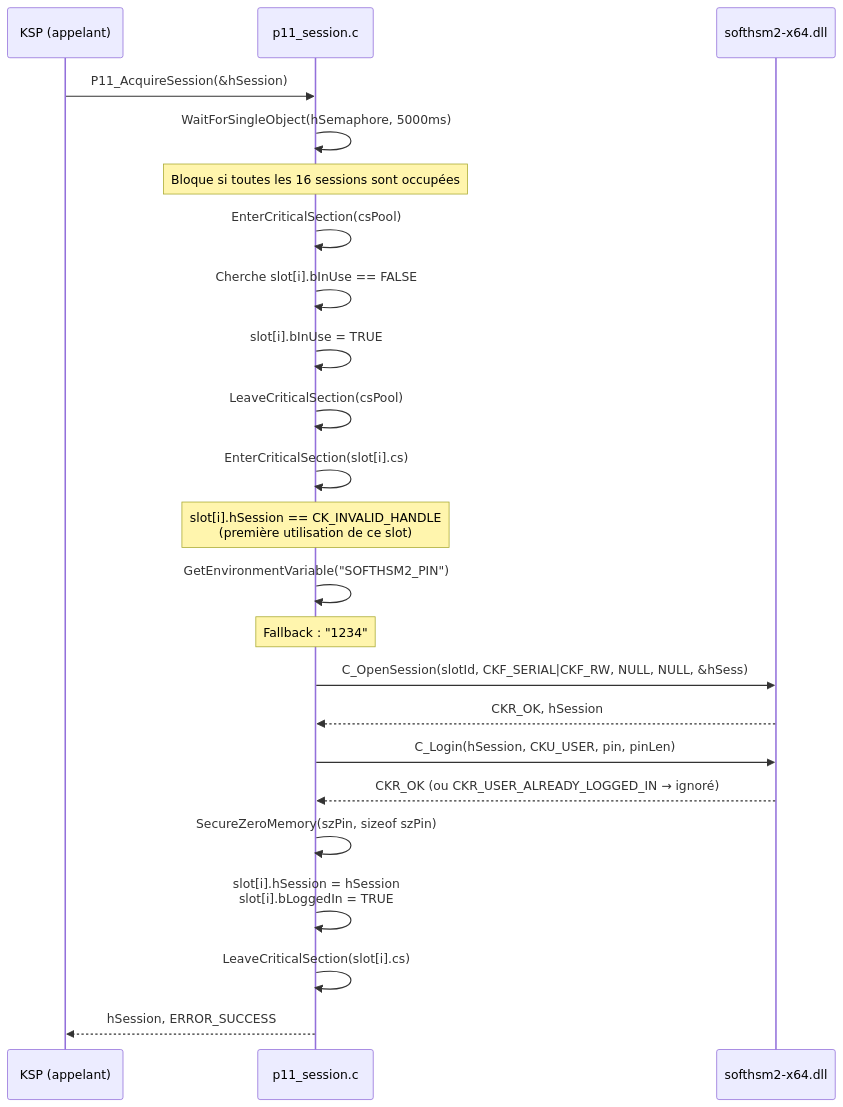
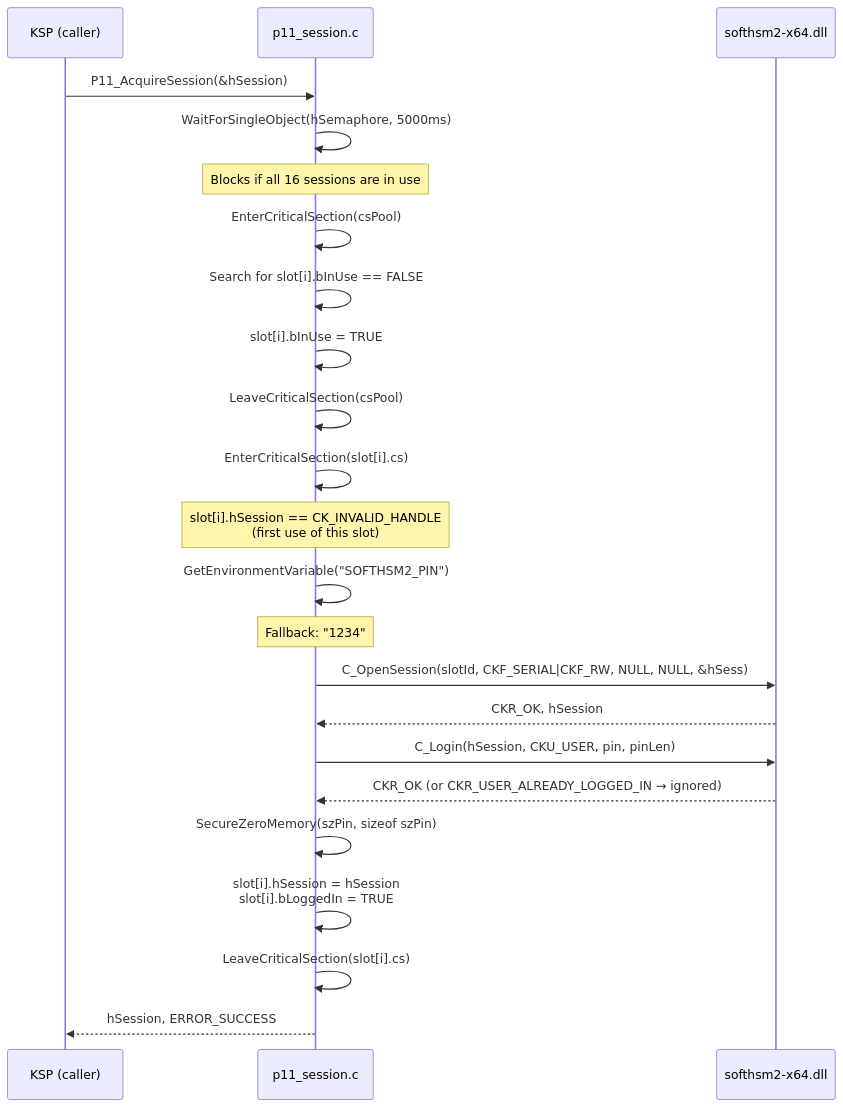
One commit to Gaillotte/Noida changed the second of 4 diagrams in softhsm_ksp/docs/02-initialisation.md. Above: the diagram before and after it, drawn with Mermaid. The commit also changed other lines of this file and 9 other files, not shown here.

````diff
--- a/softhsm_ksp/docs/02-initialisation.md
+++ b/softhsm_ksp/docs/02-initialisation.md
@@ -72,34 +72,34 @@
 ```mermaid
 sequenceDiagram
-    participant KSP as KSP (appelant)
+    participant KSP as KSP (caller)
     participant Pool as p11_session.c
     participant HSM as softhsm2-x64.dll
 
     KSP->>Pool: P11_AcquireSession(&hSession)
 
     Pool->>Pool: WaitForSingleObject(hSemaphore, 5000ms)
-    note over Pool: Bloque si toutes les 16 sessions sont occupées
+    note over Pool: Blocks if all 16 sessions are in use
 
     Pool->>Pool: EnterCriticalSection(csPool)
-    Pool->>Pool: Cherche slot[i].bInUse == FALSE
+    Pool->>Pool: Search for slot[i].bInUse == FALSE
     Pool->>Pool: slot[i].bInUse = TRUE
     Pool->>Pool: LeaveCriticalSection(csPool)
 
     Pool->>Pool: EnterCriticalSection(slot[i].cs)
-    note over Pool: slot[i].hSession == CK_INVALID_HANDLE<br/>(première utilisation de ce slot)
+    note over Pool: slot[i].hSession == CK_INVALID_HANDLE<br/>(first use of this slot)
 
     Pool->>Pool: GetEnvironmentVariable("SOFTHSM2_PIN")
-    note over Pool: Fallback : "1234"
+    note over Pool: Fallback: "1234"
 
     Pool->>HSM: C_OpenSession(slotId, CKF_SERIAL|CKF_RW, NULL, NULL, &hSess)
     HSM-->>Pool: CKR_OK, hSession
 
     Pool->>HSM: C_Login(hSession, CKU_USER, pin, pinLen)
-    HSM-->>Pool: CKR_OK  (ou CKR_USER_ALREADY_LOGGED_IN → ignoré)
+    HSM-->>Pool: CKR_OK  (or CKR_USER_ALREADY_LOGGED_IN → ignored)
 
     Pool->>Pool: SecureZeroMemory(szPin, sizeof szPin)
     Pool->>Pool: slot[i].hSession = hSession<br/>slot[i].bLoggedIn = TRUE
     Pool->>Pool: LeaveCriticalSection(slot[i].cs)
 
     Pool-->>KSP: hSession, ERROR_SUCCESS
 ```
````
